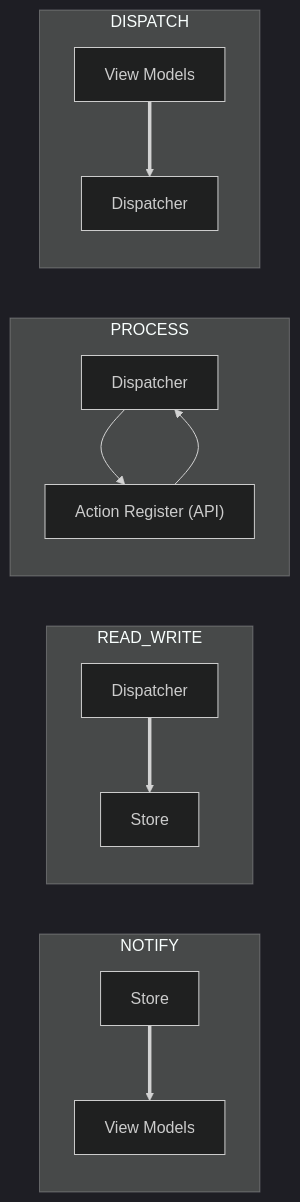
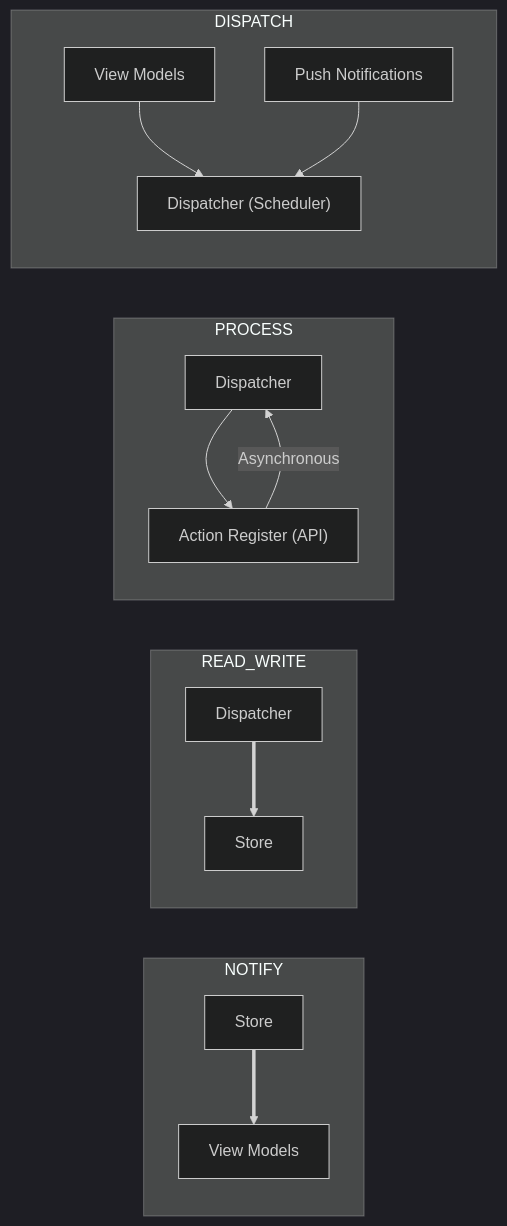
The diagram in Docs/Diagrams/unidirectional_architecture.mmd (xleon/mobile), drawn with Mermaid (dark theme) before and after one commit. The commit also changed 1 other file, not shown here.

Commit message:
Update unidirectional arch. diagram

```diff
--- a/Docs/Diagrams/unidirectional_architecture.mmd
+++ b/Docs/Diagrams/unidirectional_architecture.mmd
@@ -1,17 +1,18 @@
 graph LR
     subgraph NOTIFY
     D4[Store] ==> A4[View Models]
     end
 
     subgraph READ_WRITE
     B3[Dispatcher] ==> D3[Store]
     end
 
     subgraph PROCESS
     B2[Dispatcher] --> C2["Action Register (API)"]
-    C2 --> B2
+    C2 -- Asynchronous --> B2
     end
 
     subgraph DISPATCH
-    A1[View Models] ==> B1[Dispatcher]
+    A1[View Models] --> B1["Dispatcher (Scheduler)"]
+    C1[Push Notifications] --> B1
     end
```
